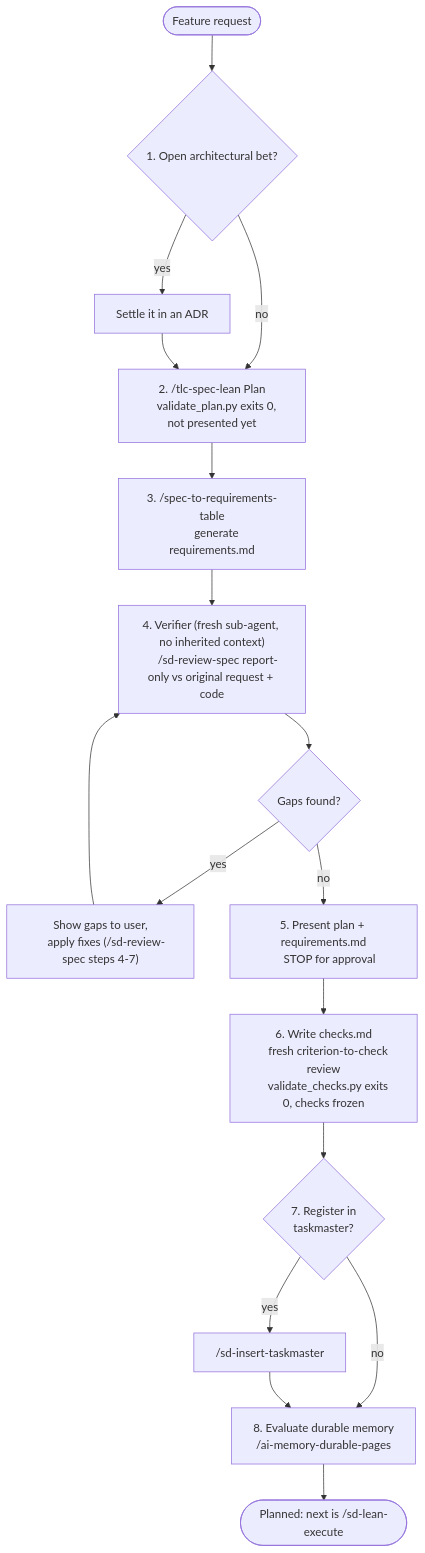
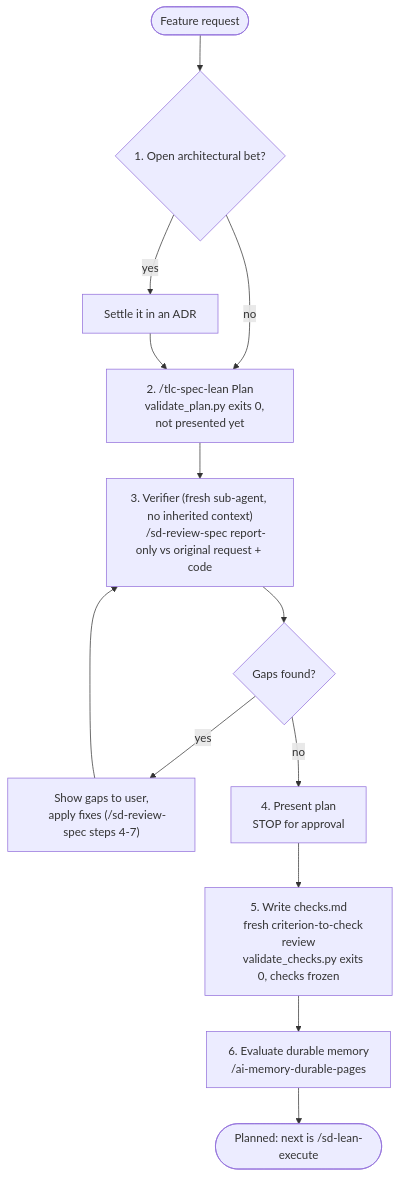
Before and after one commit to Ronnasayd/aipp: the diagram in skills/sd-lean-planning/references/diagram.md, drawn with Mermaid. The commit also changed 9 other files, not shown here.

First line of the commit message:
refactor(skills): drop taskmaster sync and requirements table from lean workflow

````diff
--- a/skills/sd-lean-planning/references/diagram.md
+++ b/skills/sd-lean-planning/references/diagram.md
@@ -3,28 +3,22 @@
 ```mermaid
 flowchart TD
     Start([Feature request]) --> A{"1. Open architectural bet?"}
     A -- yes --> A2["Settle it in an ADR"]
     A -- no --> B
     A2 --> B["2. /tlc-spec-lean Plan
     validate_plan.py exits 0, not presented yet"]
-    B --> C["3. /spec-to-requirements-table
-    generate requirements.md"]
-    C --> V["4. Verifier (fresh sub-agent, no inherited context)
+    B --> V["3. Verifier (fresh sub-agent, no inherited context)
     /sd-review-spec report-only vs original request + code"]
     V --> V2{"Gaps found?"}
     V2 -- yes --> V3["Show gaps to user,
     apply fixes (/sd-review-spec steps 4-7)"]
     V3 --> V
-    V2 -- no --> P["5. Present plan + requirements.md
+    V2 -- no --> P["4. Present plan
     STOP for approval"]
-    P --> K["6. Write checks.md
+    P --> K["5. Write checks.md
     fresh criterion-to-check review
     validate_checks.py exits 0, checks frozen"]
-    K --> D{"7. Register in
-    taskmaster?"}
-    D -- yes --> E["/sd-insert-taskmaster"]
-    D -- no --> G
-    E --> G["8. Evaluate durable memory
+    K --> G["6. Evaluate durable memory
     /ai-memory-durable-pages"]
     G --> End([Planned: next is /sd-lean-execute])
 ```
````
